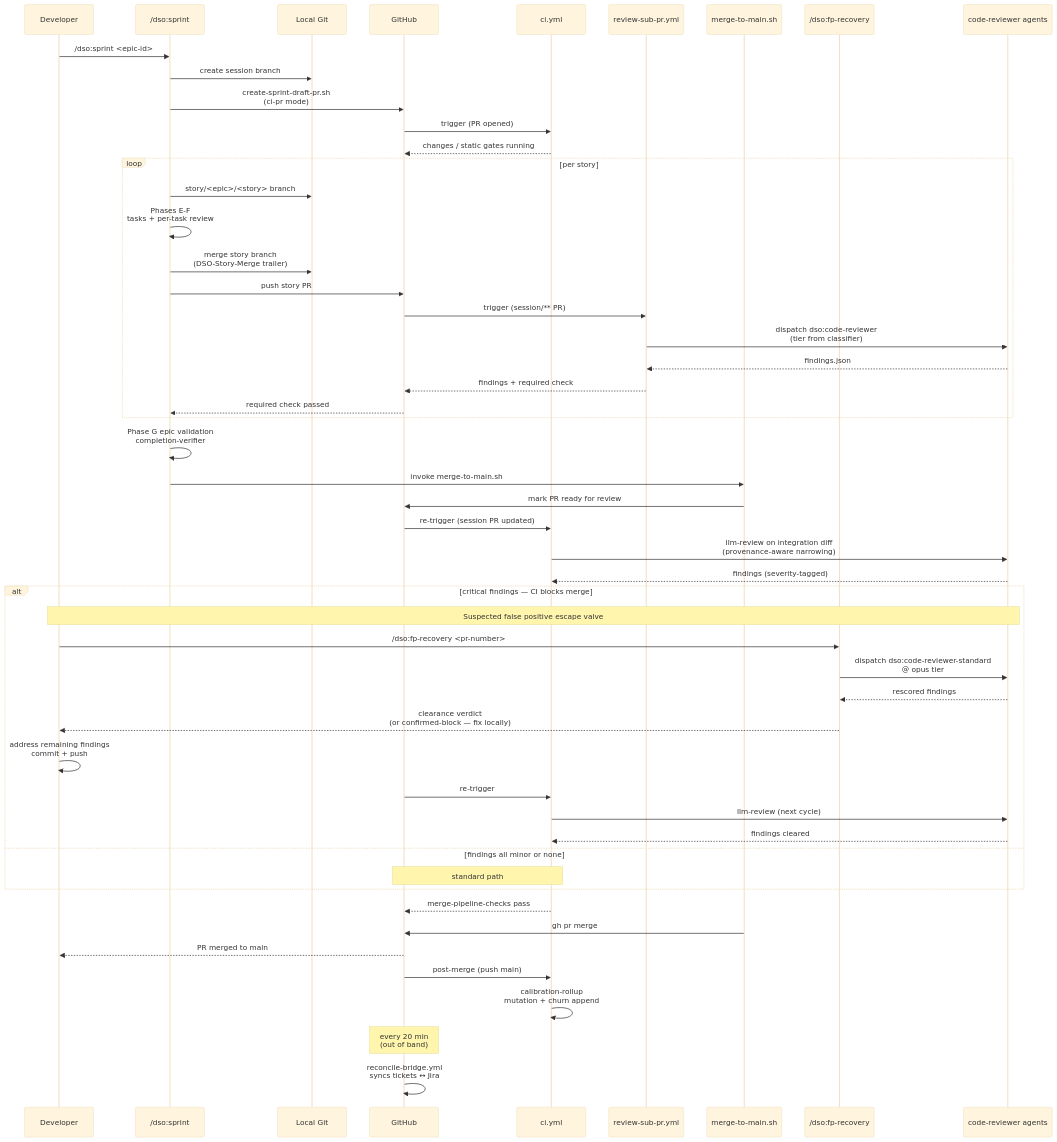
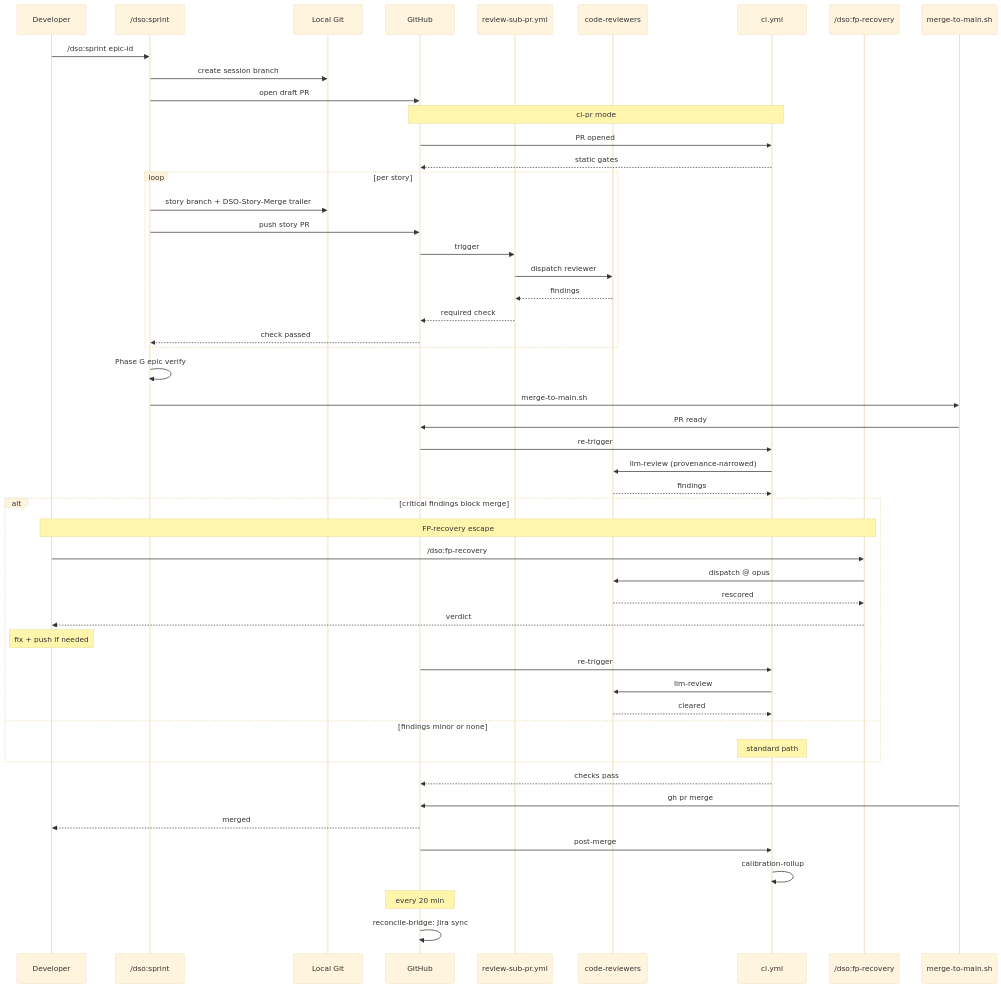
One commit to navapbc/digital-service-orchestra changed diagram 14 of 14 in docs/architecture/dso-workflow-c4.md. Above: the diagram before and after it, drawn with Mermaid (base theme). The commit also changed other lines of this file and 37 other files, not shown here.

````diff
--- a/docs/architecture/dso-workflow-c4.md
+++ b/docs/architecture/dso-workflow-c4.md
@@ -1107,61 +1107,60 @@
 ```mermaid
 sequenceDiagram
   participant Dev as Developer
   participant Sprint as /dso:sprint
   participant Git as Local Git
   participant GH as GitHub
+  participant SubPR as review-sub-pr.yml
+  participant Agents as code-reviewers
   participant CI as ci.yml
-  participant SubPR as review-sub-pr.yml
+  participant FP as /dso:fp-recovery
   participant Merge as merge-to-main.sh
-  participant FP as /dso:fp-recovery
-  participant Agents as code-reviewer agents
 
-  Dev->>Sprint: /dso:sprint <epic-id>
+  Dev->>Sprint: /dso:sprint epic-id
   Sprint->>Git: create session branch
-  Sprint->>GH: create-sprint-draft-pr.sh<br/>(ci-pr mode)
-  GH->>CI: trigger (PR opened)
-  CI-->>GH: changes / static gates running
+  Sprint->>GH: open draft PR
+  Note over GH,CI: ci-pr mode
+  GH->>CI: PR opened
+  CI-->>GH: static gates
 
   loop per story
-    Sprint->>Git: story/<epic>/<story> branch
-    Sprint->>Sprint: Phases E-F<br/>tasks + per-task review
-    Sprint->>Git: merge story branch<br/>(DSO-Story-Merge trailer)
+    Sprint->>Git: story branch + DSO-Story-Merge trailer
     Sprint->>GH: push story PR
-    GH->>SubPR: trigger (session/** PR)
-    SubPR->>Agents: dispatch dso:code-reviewer<br/>(tier from classifier)
-    Agents-->>SubPR: findings.json
-    SubPR-->>GH: findings + required check
-    GH-->>Sprint: required check passed
+    GH->>SubPR: trigger
+    SubPR->>Agents: dispatch reviewer
+    Agents-->>SubPR: findings
+    SubPR-->>GH: required check
+    GH-->>Sprint: check passed
   end
 
-  Sprint->>Sprint: Phase G epic validation<br/>completion-verifier
-  Sprint->>Merge: invoke merge-to-main.sh
-  Merge->>GH: mark PR ready for review
-  GH->>CI: re-trigger (session PR updated)
-  CI->>Agents: llm-review on integration diff<br/>(provenance-aware narrowing)
-  Agents-->>CI: findings (severity-tagged)
+  Sprint->>Sprint: Phase G epic verify
+  Sprint->>Merge: merge-to-main.sh
+  Merge->>GH: PR ready
+  GH->>CI: re-trigger
+  CI->>Agents: llm-review (provenance-narrowed)
+  Agents-->>CI: findings
 
-  alt critical findings — CI blocks merge
-    Note over Dev,Agents: Suspected false positive escape valve
-    Dev->>FP: /dso:fp-recovery <pr-number>
-    FP->>Agents: dispatch dso:code-reviewer-standard<br/>@ opus tier
-    Agents-->>FP: rescored findings
-    FP-->>Dev: clearance verdict<br/>(or confirmed-block — fix locally)
-    Dev->>Dev: address remaining findings<br/>commit + push
+  alt critical findings block merge
+    Note over Dev,FP: FP-recovery escape
+    Dev->>FP: /dso:fp-recovery
+    FP->>Agents: dispatch @ opus
+    Agents-->>FP: rescored
+    FP-->>Dev: verdict
+    Note over Dev: fix + push if needed
     GH->>CI: re-trigger
-    CI->>Agents: llm-review (next cycle)
-    Agents-->>CI: findings cleared
-  else findings all minor or none
-    Note over CI,GH: standard path
+    CI->>Agents: llm-review
+    Agents-->>CI: cleared
+  else findings minor or none
+    Note over CI: standard path
   end
 
-  CI-->>GH: merge-pipeline-checks pass
+  CI-->>GH: checks pass
   Merge->>GH: gh pr merge
-  GH-->>Dev: PR merged to main
+  GH-->>Dev: merged
 
-  GH->>CI: post-merge (push main)
-  CI->>CI: calibration-rollup<br/>mutation + churn append
+  GH->>CI: post-merge
+  CI->>CI: calibration-rollup
 
-  Note over GH: every 20 min<br/>(out of band)
-  GH->>GH: reconcile-bridge.yml<br/>syncs tickets ↔ Jira
+  Note over GH: every 20 min
+  GH->>GH: reconcile-bridge: Jira sync
 ```
````
